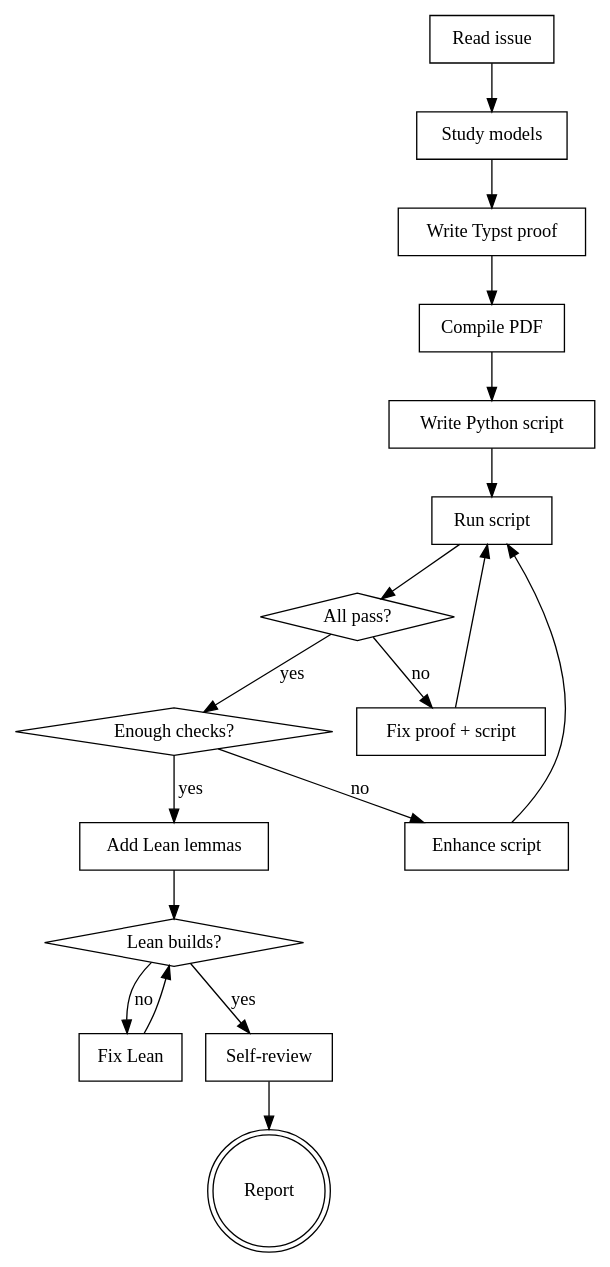
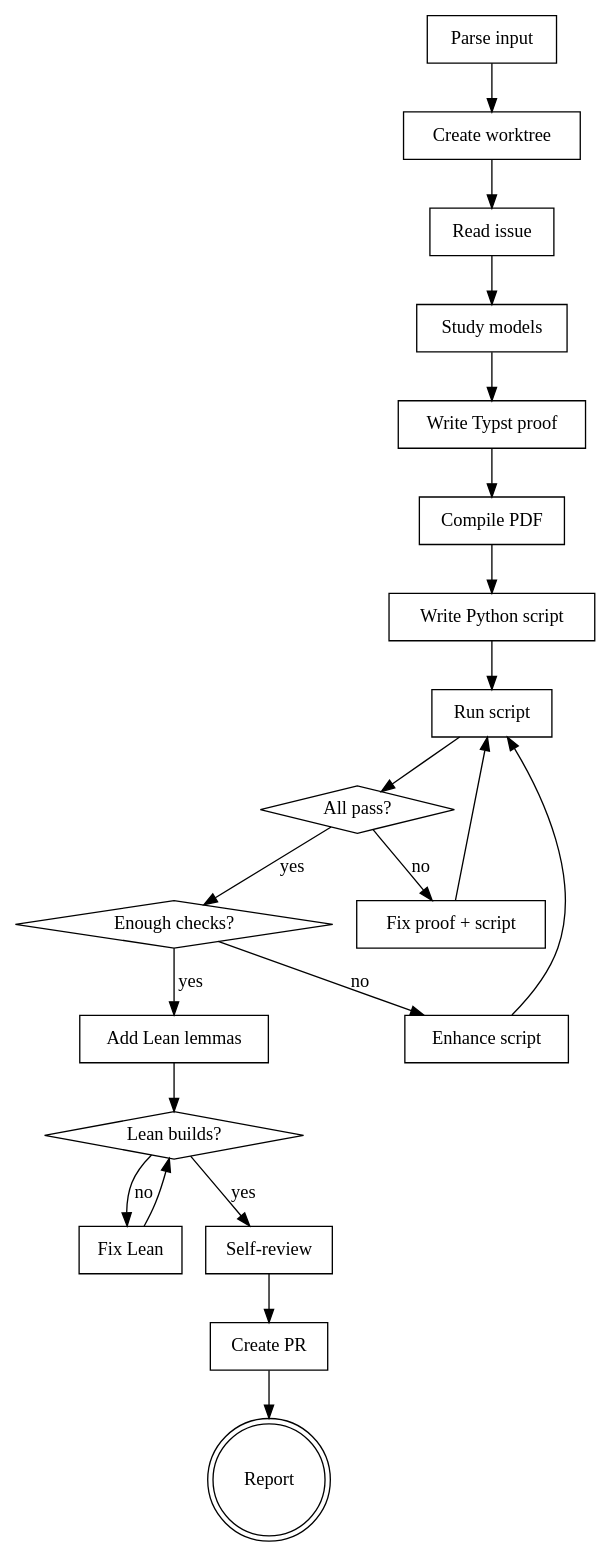
One commit to CodingThrust/problem-reductions changed the diagram in .claude/skills/verify-reduction/SKILL.md. Above: the diagram before and after it, drawn with Graphviz. The commit also changed other lines of this file, not shown here.

First line of the commit message:
docs: add worktree + PR creation to verify-reduction skill

````diff
--- a/.claude/skills/verify-reduction/SKILL.md
+++ b/.claude/skills/verify-reduction/SKILL.md
@@ -20,38 +22,44 @@
 ```dot
 digraph verify {
     rankdir=TB;
+    "Parse input" [shape=box];
+    "Create worktree" [shape=box];
     "Read issue" [shape=box];
     "Study models" [shape=box];
     "Write Typst proof" [shape=box];
     "Compile PDF" [shape=box];
     "Write Python script" [shape=box];
     "Run script" [shape=box];
     "All pass?" [shape=diamond];
     "Fix proof + script" [shape=box];
     "Enough checks?" [shape=diamond];
     "Enhance script" [shape=box];
     "Add Lean lemmas" [shape=box];
     "Lean builds?" [shape=diamond];
     "Fix Lean" [shape=box];
     "Self-review" [shape=box];
+    "Create PR" [shape=box];
     "Report" [shape=doublecircle];
 
+    "Parse input" -> "Create worktree";
+    "Create worktree" -> "Read issue";
     "Read issue" -> "Study models";
     "Study models" -> "Write Typst proof";
     "Write Typst proof" -> "Compile PDF";
     "Compile PDF" -> "Write Python script";
     "Write Python script" -> "Run script";
     "Run script" -> "All pass?";
     "All pass?" -> "Enough checks?" [label="yes"];
     "All pass?" -> "Fix proof + script" [label="no"];
     "Fix proof + script" -> "Run script";
     "Enough checks?" -> "Add Lean lemmas" [label="yes"];
     "Enough checks?" -> "Enhance script" [label="no"];
     "Enhance script" -> "Run script";
     "Add Lean lemmas" -> "Lean builds?";
     "Lean builds?" -> "Self-review" [label="yes"];
     "Lean builds?" -> "Fix Lean" [label="no"];
     "Fix Lean" -> "Lean builds?";
-    "Self-review" -> "Report";
+    "Self-review" -> "Create PR";
+    "Create PR" -> "Report";
 }
 ```
````
